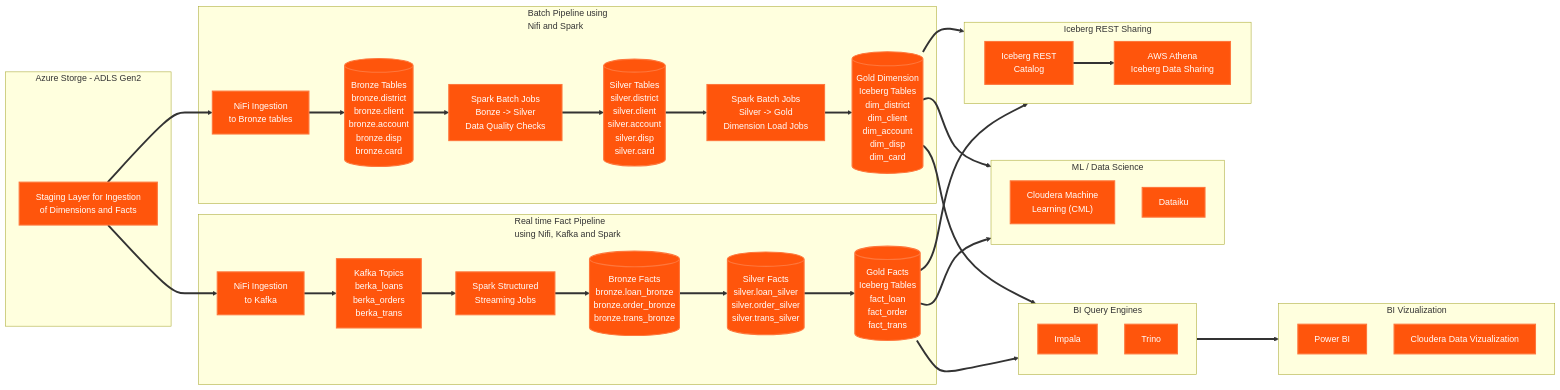
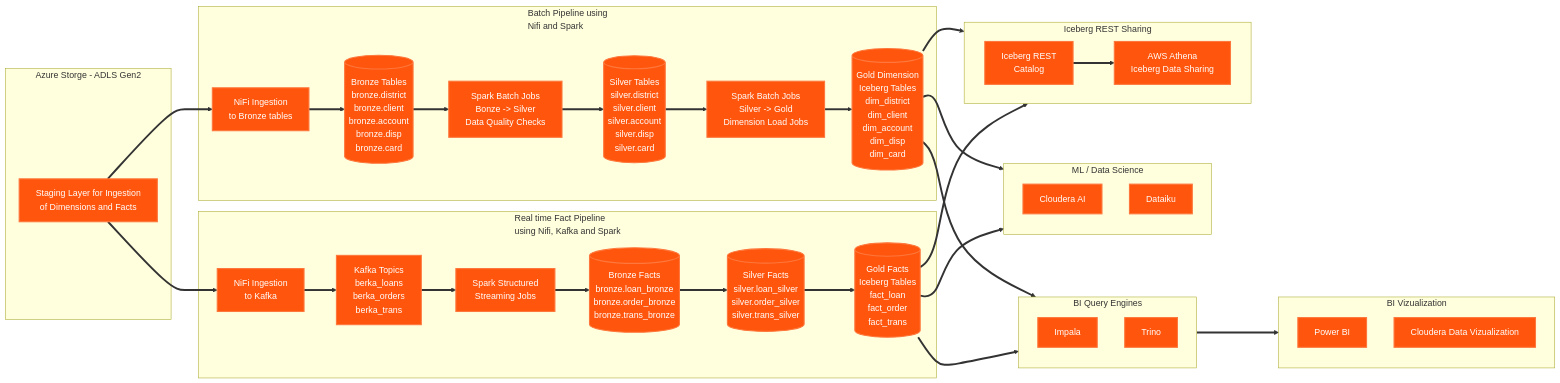
One commit to myloginid/Berka-Banking-Demo changed the first of 8 diagrams in readme.md. Above: the diagram before and after it, drawn with Mermaid.

Commit message:
Nit CAI and not CML

```diff
--- a/readme.md
+++ b/readme.md
@@ -83,7 +83,7 @@
 
     %% ML tooling
     subgraph ML["ML / Data Science"]
-      CML["Cloudera Machine<br>Learning (CML)"]
+      CML["Cloudera AI"]
       DATAIKU["Dataiku"]
     end
 
```
